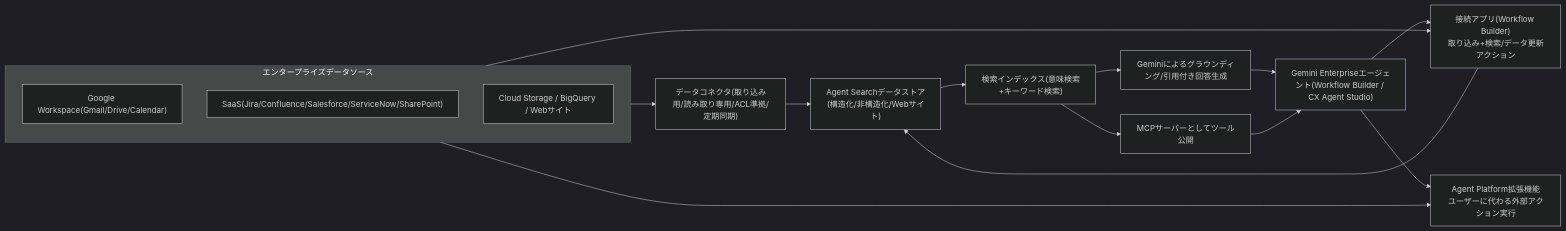
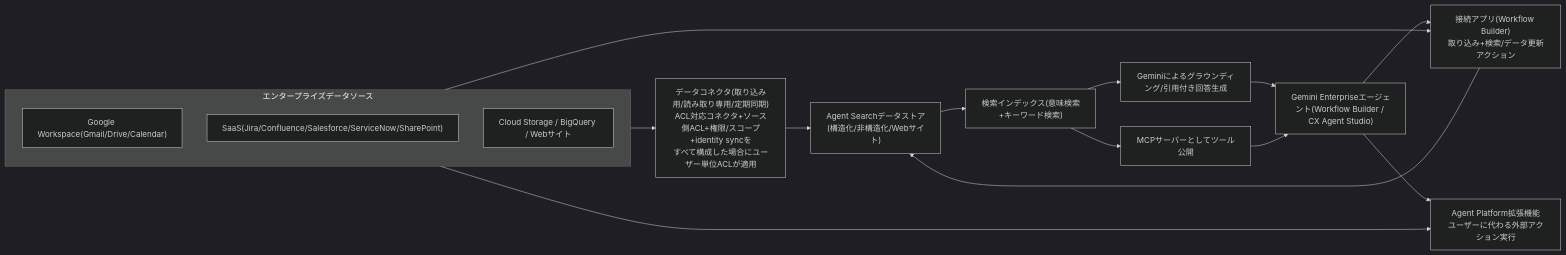
One commit to myoshi2891/Cloud-Infrastructure-Studies changed the sixth of 7 diagrams in Professional-agentic-architect-section1.md. Above: the diagram before and after it, drawn with Mermaid (dark theme). The commit also changed other lines of this file and 3 other files, not shown here.

Commit message:
docs(agentic-architect): add section 3 study guide and refine sections 1-2 content

````diff
--- a/Professional-agentic-architect-section1.md
+++ b/Professional-agentic-architect-section1.md
@@ -299,20 +299,20 @@
 ```mermaid
 flowchart LR
     subgraph Sources["エンタープライズデータソース"]
         S1["Google Workspace(Gmail/Drive/Calendar)"]
         S2["SaaS(Jira/Confluence/Salesforce/ServiceNow/SharePoint)"]
         S3["Cloud Storage / BigQuery / Webサイト"]
     end
-    Sources --> Conn["データコネクタ(取り込み用/読み取り専用/ACL準拠/定期同期)"]
+    Sources --> Conn["データコネクタ(取り込み用/読み取り専用/定期同期)<br/>ACL対応コネクタ+ソース側ACL+権限/スコープ+identity syncを<br/>すべて構成した場合にユーザー単位ACLが適用"]
     Sources --> ConnApp["接続アプリ(Workflow Builder)<br/>取り込み+検索/データ更新アクション"]
     Sources --> Ext["Agent Platform拡張機能<br/>ユーザーに代わる外部アクション実行"]
     Conn --> DS["Agent Searchデータストア(構造化/非構造化/Webサイト)"]
     ConnApp --> DS
     DS --> Index["検索インデックス(意味検索+キーワード検索)"]
     Index --> Ground["Geminiによるグラウンディング/引用付き回答生成"]
     Ground --> Agent["Gemini Enterpriseエージェント(Workflow Builder / CX Agent Studio)"]
     Index --> MCP["MCPサーバーとしてツール公開"]
     MCP --> Agent
     Agent --> ConnApp
     Agent --> Ext
 ```
````
